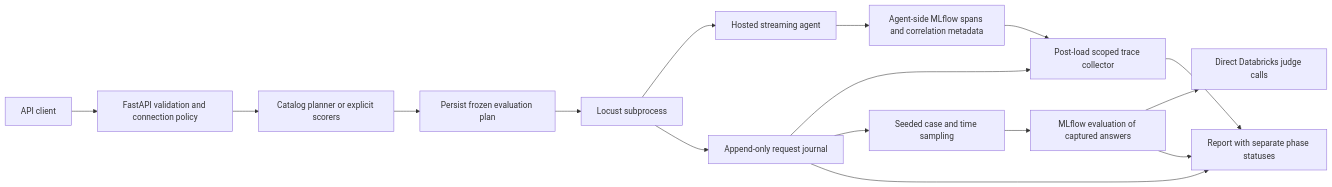
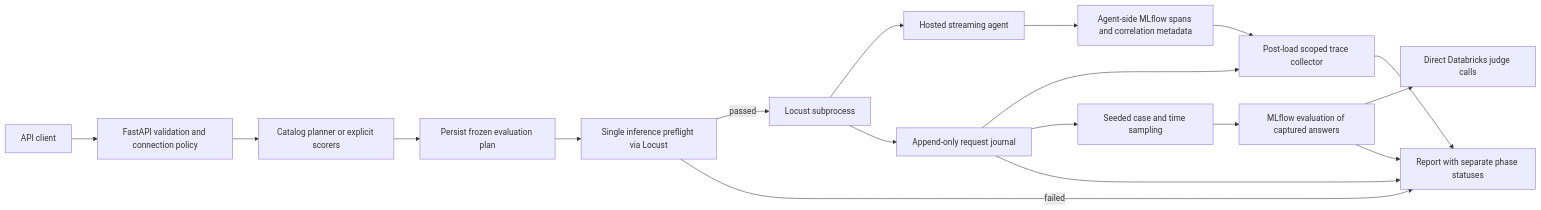
Before and after one commit to RamVegiraju/EvalSurge: the diagram in ARCHITECTURE.md, drawn with Mermaid. The commit also changed other lines of this file and 22 other files, not shown here.

Commit message:
Add fail-fast inference preflight before load testing

````diff
--- a/ARCHITECTURE.md
+++ b/ARCHITECTURE.md
@@ -5,18 +5,20 @@
 ```mermaid
 flowchart LR
     C[API client] --> A[FastAPI validation and connection policy]
     A --> P[Catalog planner or explicit scorers]
     P --> F[Persist frozen evaluation plan]
-    F --> L[Locust subprocess]
+    F --> V[Single inference preflight via Locust]
+    V -->|passed| L[Locust subprocess]
+    V -->|failed| R
     L --> T[Hosted streaming agent]
     L --> J[Append-only request journal]
     T --> M[Agent-side MLflow spans and correlation metadata]
     J --> I[Post-load scoped trace collector]
     M --> I
     J --> S[Seeded case and time sampling]
     S --> E[MLflow evaluation of captured answers]
     E --> D[Direct Databricks judge calls]
     E --> R[Report with separate phase statuses]
     J --> R
     I --> R
 ```
````
